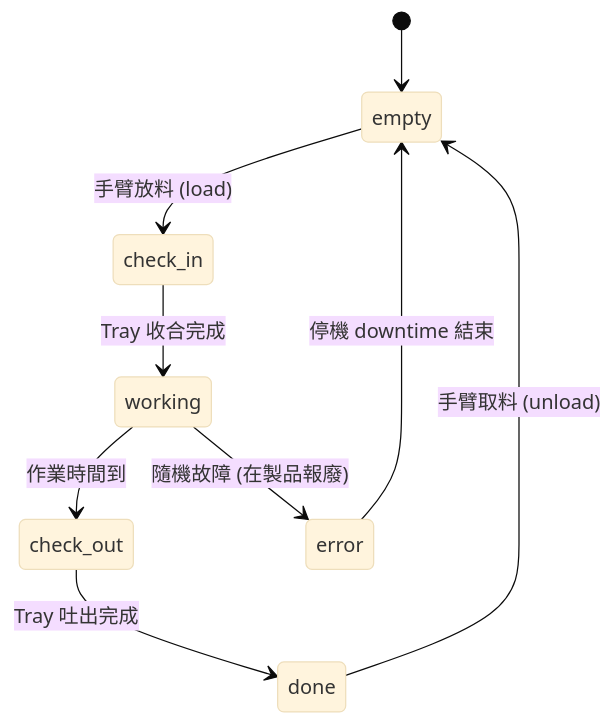
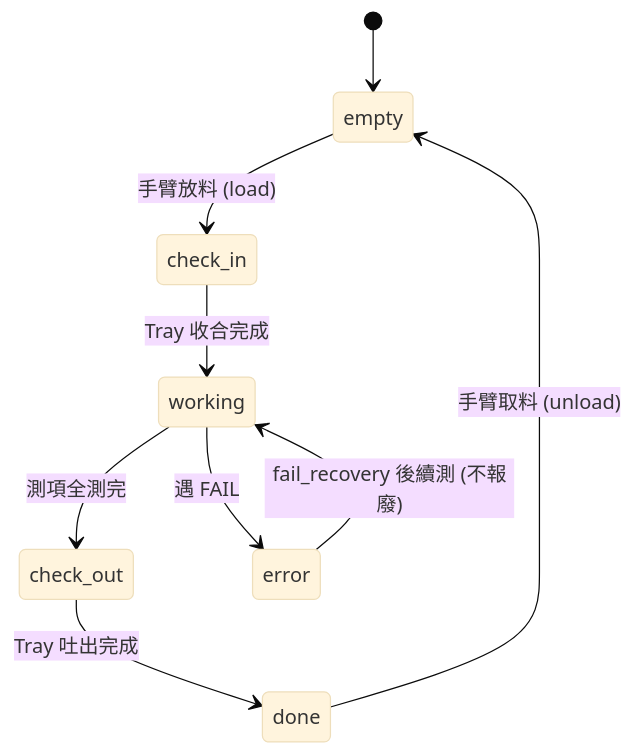
The second of 2 diagrams in README.md (tsuhaoyang/isaac_sim_data_simulator), drawn with Mermaid (base theme) before and after one commit. The commit also changed other lines of this file and 19 other files, not shown here.

````diff
--- a/README.md
+++ b/README.md
@@ -48,11 +48,11 @@
 ```mermaid
 stateDiagram-v2
     [*] --> empty
     empty --> check_in: 手臂放料 (load)
     check_in --> working: Tray 收合完成
-    working --> check_out: 作業時間到
-    working --> error: 隨機故障 (在製品報廢)
+    working --> check_out: 測項全測完
+    working --> error: 遇 FAIL
+    error --> working: fail_recovery 後續測 (不報廢)
     check_out --> done: Tray 吐出完成
     done --> empty: 手臂取料 (unload)
-    error --> empty: 停機 downtime 結束
 ```
````
